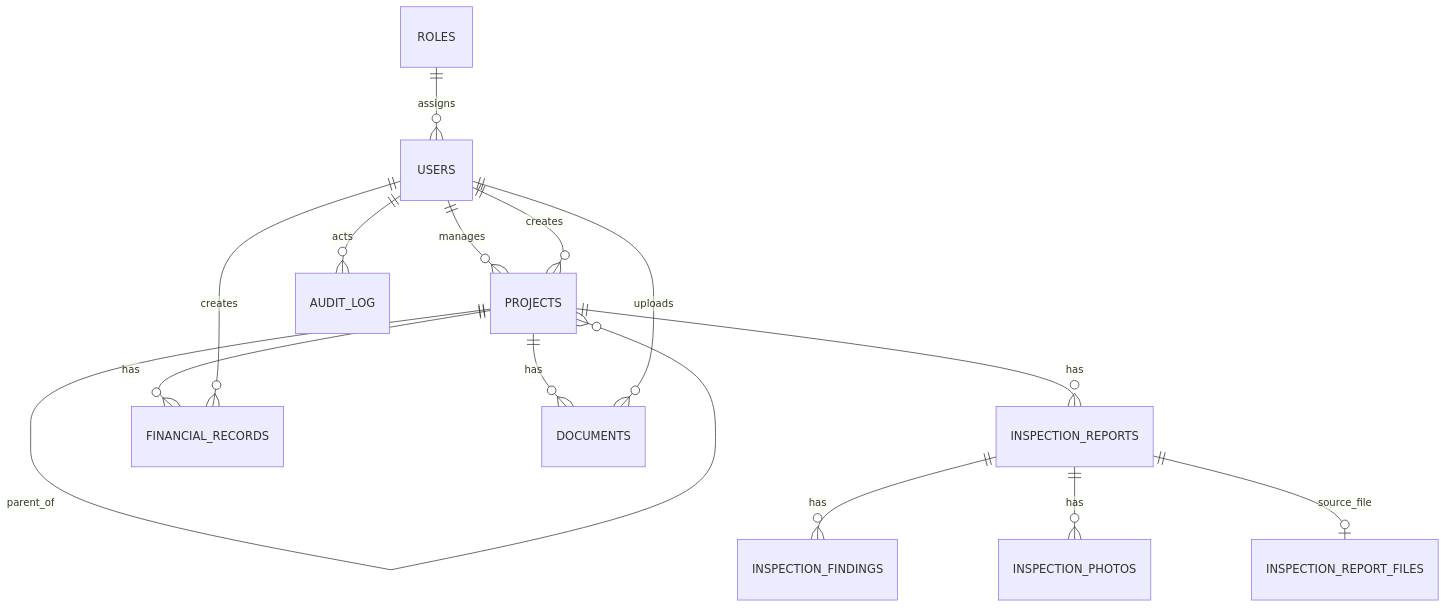
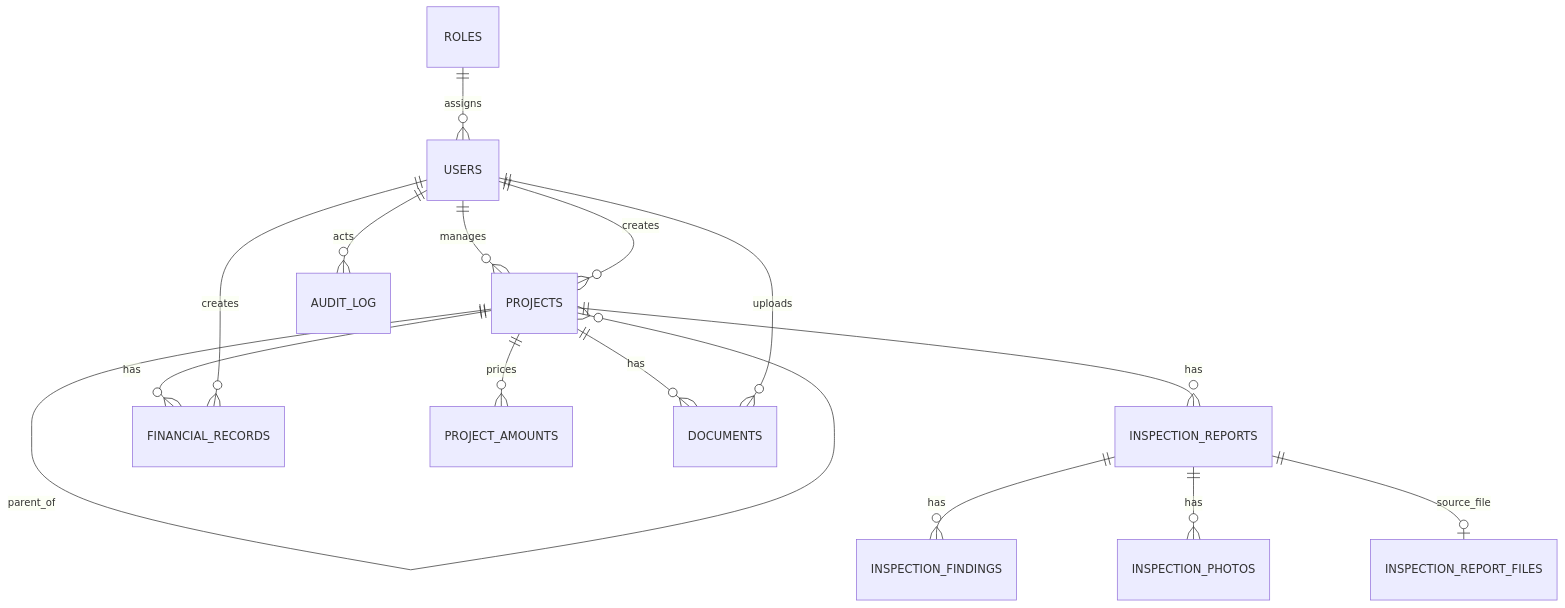
Before and after one commit to Karatanov/oms: the diagram in documentation/DATABASE.md, drawn with Mermaid. The commit also changed other lines of this file and 28 other files, not shown here.

Commit message:
feat(projects): add contract sections and currency amounts

````diff
--- a/documentation/DATABASE.md
+++ b/documentation/DATABASE.md
@@ -5,16 +7,17 @@
 ```mermaid
 erDiagram
     ROLES ||--o{ USERS : assigns
     USERS ||--o{ PROJECTS : manages
     USERS ||--o{ PROJECTS : creates
     PROJECTS ||--o{ PROJECTS : parent_of
     PROJECTS ||--o{ INSPECTION_REPORTS : has
     INSPECTION_REPORTS ||--o{ INSPECTION_FINDINGS : has
     INSPECTION_REPORTS ||--o{ INSPECTION_PHOTOS : has
     INSPECTION_REPORTS ||--o| INSPECTION_REPORT_FILES : source_file
     PROJECTS ||--o{ FINANCIAL_RECORDS : has
+    PROJECTS ||--o{ PROJECT_AMOUNTS : prices
     PROJECTS ||--o{ DOCUMENTS : has
     USERS ||--o{ FINANCIAL_RECORDS : creates
     USERS ||--o{ DOCUMENTS : uploads
     USERS ||--o{ AUDIT_LOG : acts
 ```
````
